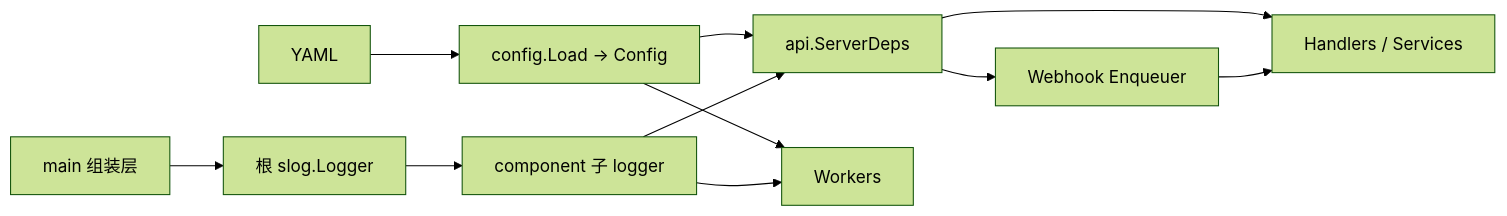
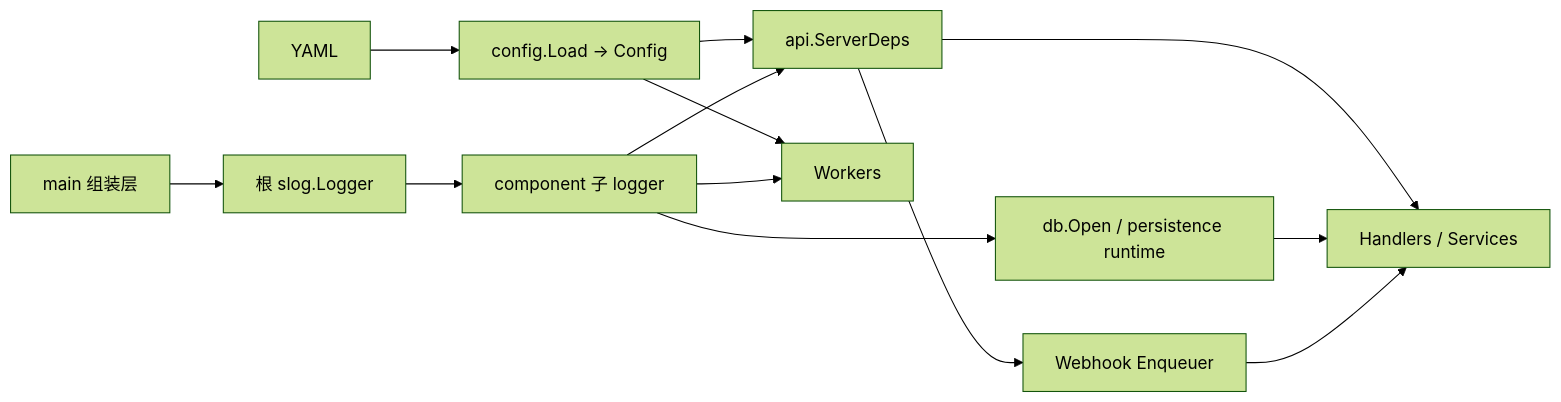
Before and after one commit to Postroggy/open-managed-agents: the second of 2 diagrams in docs/design/be/runtime-configuration.md, drawn with Mermaid (forest theme). The commit also changed other lines of this file and 39 other files, not shown here.

````diff
--- a/docs/design/be/runtime-configuration.md
+++ b/docs/design/be/runtime-configuration.md
@@ -42,13 +42,15 @@
 ```mermaid
 flowchart LR
     yaml["YAML"] --> config["config.Load → Config"]
     main["main 组装层"] --> rootLogger["根 slog.Logger"]
     config --> serverDeps["api.ServerDeps"]
     rootLogger --> componentLoggers["component 子 logger"]
     componentLoggers --> serverDeps
+    componentLoggers --> database["db.Open / persistence runtime"]
     serverDeps --> handlers["Handlers / Services"]
+    database --> handlers
     serverDeps --> enqueuer["Webhook Enqueuer"]
     enqueuer --> handlers
     config --> workers["Workers"]
     componentLoggers --> workers
 ```
````
